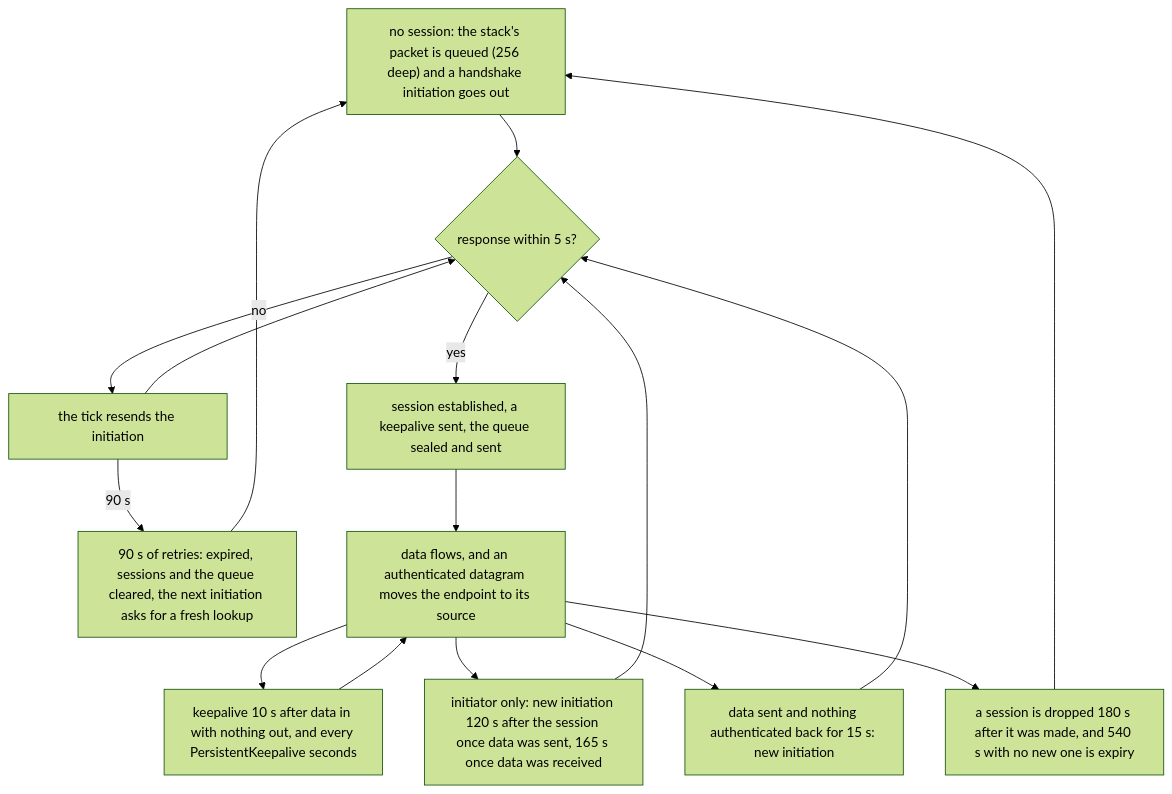
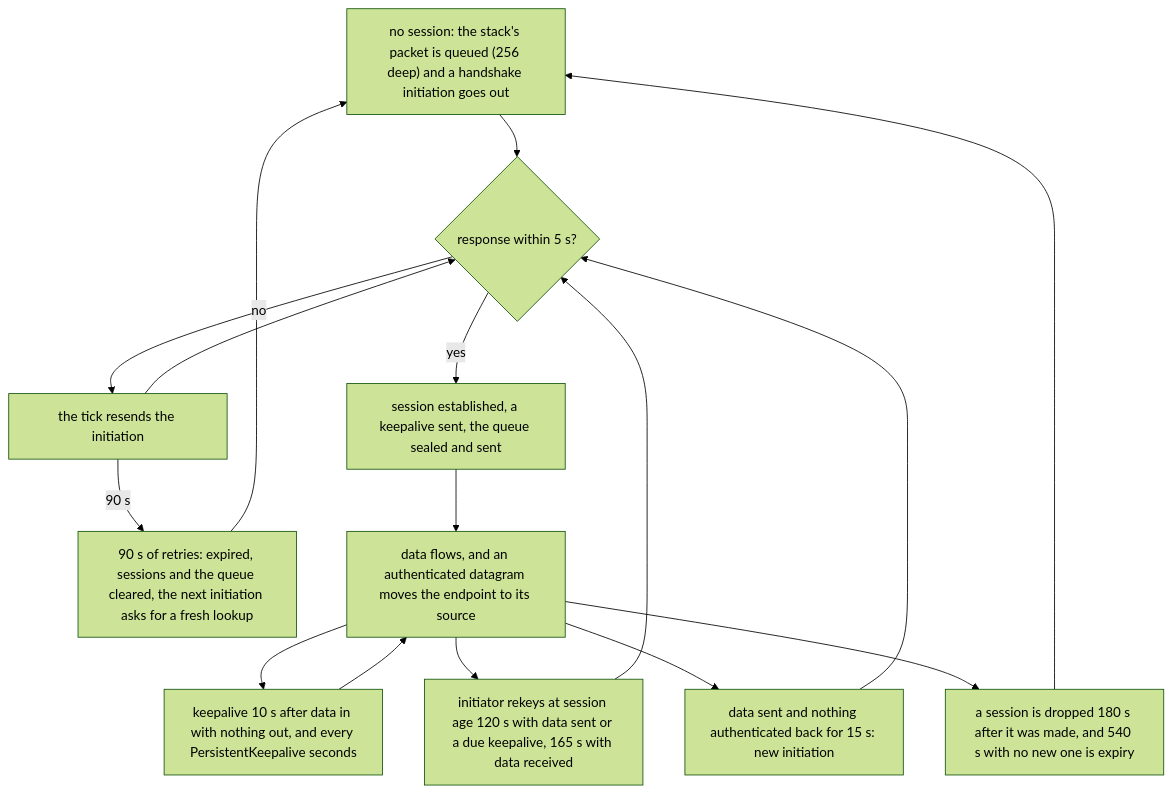
The second of 2 diagrams in crates/chan-wireguard/design.md (fiorix/chan), drawn with Mermaid (forest theme) before and after one commit. The commit also changed other lines of this file and 4 other files, not shown here.

````diff
--- a/crates/chan-wireguard/design.md
+++ b/crates/chan-wireguard/design.md
@@ -41,21 +41,21 @@
 ```mermaid
 flowchart TD
     Idle["no session: the stack's packet is queued (256 deep) and a handshake initiation goes out"]
     Wait{"response within 5 s?"}
     Retry["the tick resends the initiation"]
     Expired["90 s of retries: expired, sessions and the queue cleared, the next initiation asks for a fresh lookup"]
     Est["session established, a keepalive sent, the queue sealed and sent"]
     Data["data flows, and an authenticated datagram moves the endpoint to its source"]
-    Rekey["initiator only: new initiation 120 s after the session once data was sent, 165 s once data was received"]
+    Rekey["initiator rekeys at session age 120 s with data sent or a due keepalive, 165 s with data received"]
     Lost["data sent and nothing authenticated back for 15 s: new initiation"]
     Keep["keepalive 10 s after data in with nothing out, and every PersistentKeepalive seconds"]
     Reject["a session is dropped 180 s after it was made, and 540 s with no new one is expiry"]
     Idle --> Wait
     Wait -->|"no"| Retry --> Wait
     Retry -->|"90 s"| Expired --> Idle
     Wait -->|"yes"| Est --> Data
     Data --> Keep --> Data
     Data --> Rekey --> Wait
     Data --> Lost --> Wait
     Data --> Reject --> Idle
 ```
````
